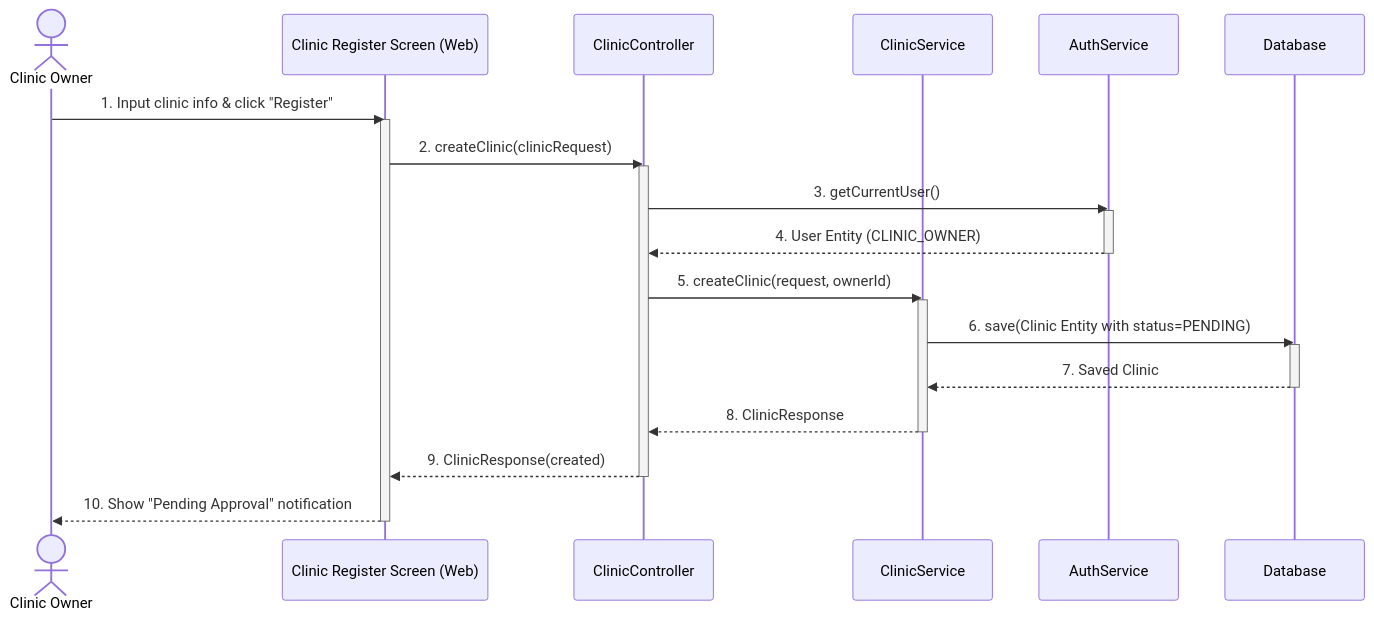
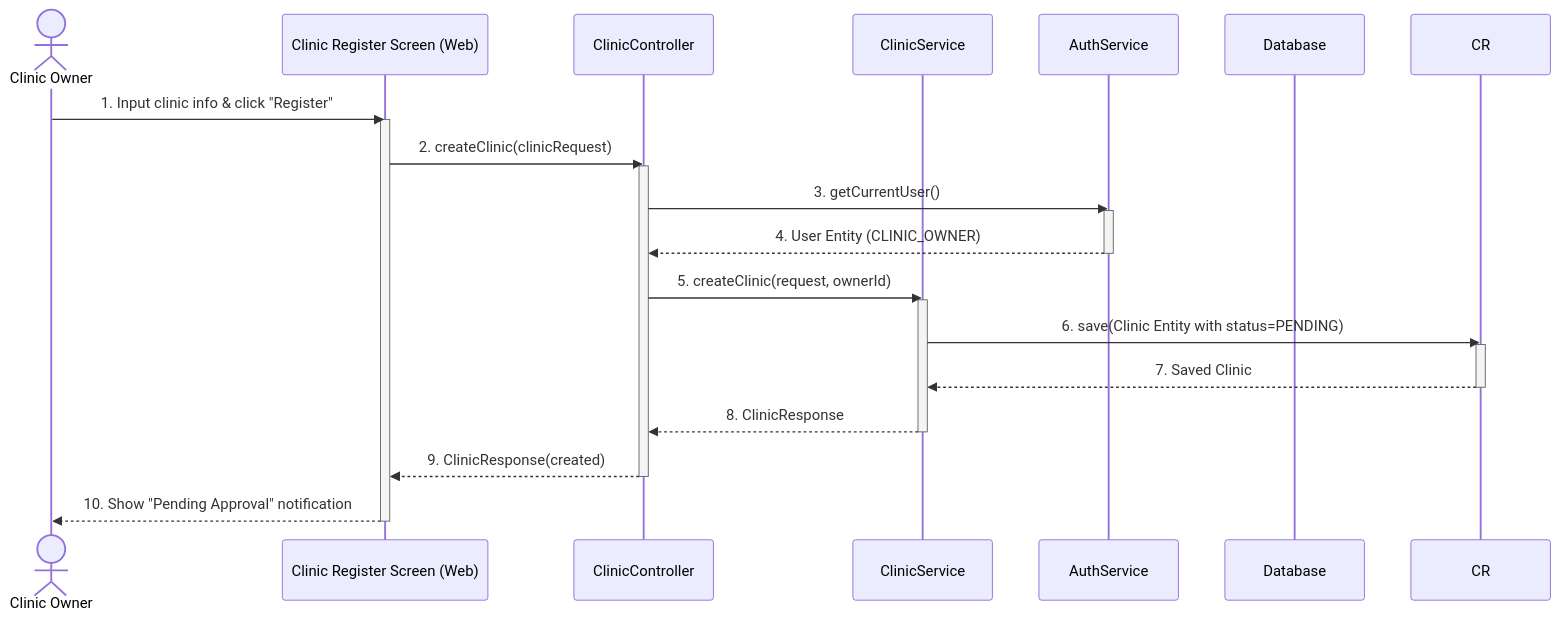
Diagram 20 of 40 in docs-references/documentation/SDD/REPORT_4_SDD_SYSTEM_DESIGN.md (espresso23/Petties-Veterinary-Appointment-Booking-Platform), drawn with Mermaid before and after one commit. The commit also changed other lines of this file and 132 other files, not shown here.

````diff
--- a/docs-references/documentation/SDD/REPORT_4_SDD_SYSTEM_DESIGN.md
+++ b/docs-references/documentation/SDD/REPORT_4_SDD_SYSTEM_DESIGN.md
@@ -1199,30 +1611,30 @@
 ```mermaid
 sequenceDiagram
     actor Owner as Clinic Owner
     participant UI as Clinic Register Screen (Web)
     participant CC as ClinicController
     participant CS as ClinicService
     participant AS as AuthService
     participant DB as Database
 
     Owner->>UI: 1. Input clinic info & click "Register"
     activate UI
     UI->>CC: 2. createClinic(clinicRequest)
     activate CC
     CC->>AS: 3. getCurrentUser()
     activate AS
     AS-->>CC: 4. User Entity (CLINIC_OWNER)
     deactivate AS
     CC->>CS: 5. createClinic(request, ownerId)
     activate CS
-    CS->>DB: 6. save(Clinic Entity with status=PENDING)
-    activate DB
-    DB-->>CS: 7. Saved Clinic
-    deactivate DB
+    CS->>CR: 6. save(Clinic Entity with status=PENDING)
+    activate CR
+    CR-->>CS: 7. Saved Clinic
+    deactivate CR
     CS-->>CC: 8. ClinicResponse
     deactivate CS
     CC-->>UI: 9. ClinicResponse(created)
     deactivate CC
     UI-->>Owner: 10. Show "Pending Approval" notification
     deactivate UI
 ```
````
